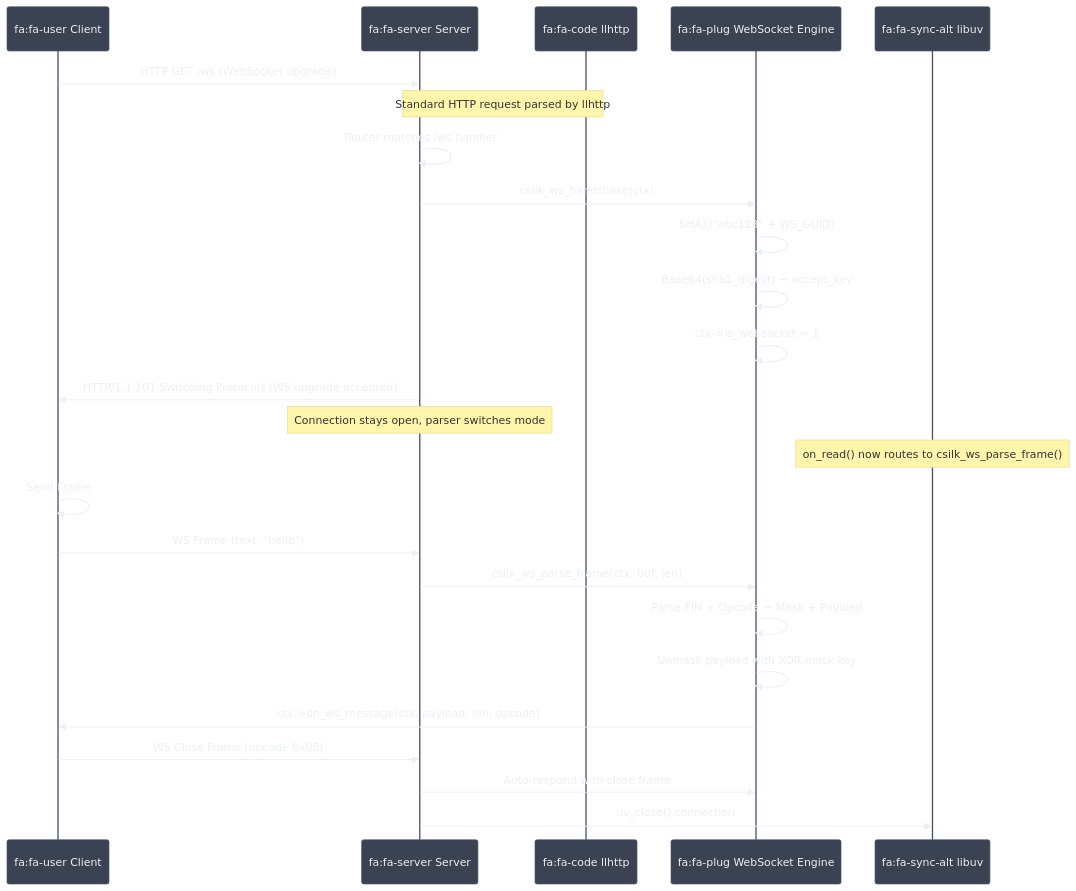
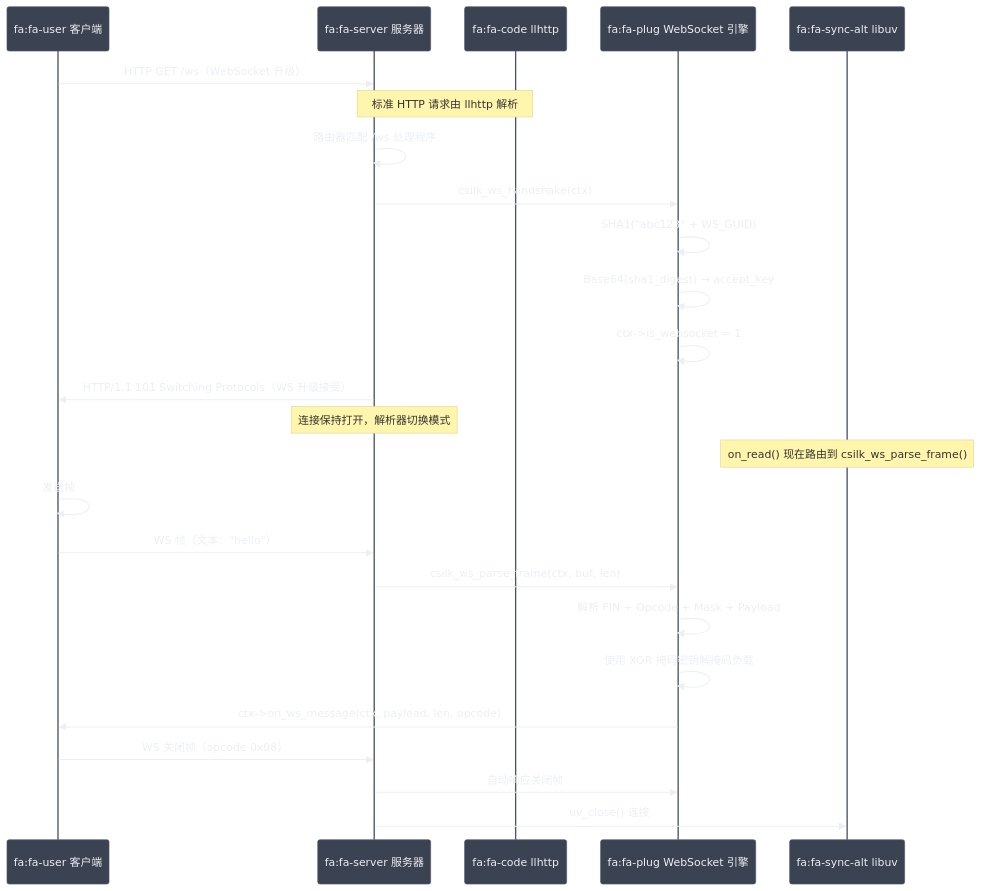
The seventh of 12 diagrams in docs/zh-CN/architecture.md (quintin-lee/csilk), drawn with Mermaid before and after one commit. The commit also changed other lines of this file and 1 other file, not shown here.

Commit message:
docs(zh-CN): 📝 refine Chinese translations for architecture and getting-started

````diff
--- a/docs/zh-CN/architecture.md
+++ b/docs/zh-CN/architecture.md
@@ -410,49 +420,49 @@
 ```mermaid
 %%{init: {
   'theme': 'base',
   'themeVariables': {
     'background': '#2E3440',
     'primaryColor': '#81A1C1',
     'primaryBorderColor': '#4C566A',
     'primaryTextColor': '#ECEFF4',
     'secondaryColor': '#3B4252',
     'secondaryBorderColor': '#434C5E',
     'secondaryTextColor': '#D8DEE9',
     'lineColor': '#81A1C1',
     'textColor': '#ECEFF4',
     'mainBkg': '#3B4252',
     'nodeBorder': '#4C566A',
     'clusterBkg': '#2E3440',
     'clusterBorder': '#4C566A',
     'titleColor': '#ECEFF4',
     'edgeLabelBackground': '#3B4252',
     'nodeTextColor': '#ECEFF4'
   }
 }}%%
 sequenceDiagram
-    participant Client as fa:fa-user Client
-    participant Server as fa:fa-server Server
+    participant Client as fa:fa-user 客户端
+    participant Server as fa:fa-server 服务器
     participant HTTP as fa:fa-code llhttp
-    participant WS as fa:fa-plug WebSocket Engine
+    participant WS as fa:fa-plug WebSocket 引擎
     participant EvLoop as fa:fa-sync-alt libuv
 
-    Client->>Server: HTTP GET /ws (WebSocket upgrade)
-    Note over Server,HTTP: Standard HTTP request parsed by llhttp
-    Server->>Server: Router matches /ws handler
+    Client->>Server: HTTP GET /ws（WebSocket 升级）
+    Note over Server,HTTP: 标准 HTTP 请求由 llhttp 解析
+    Server->>Server: 路由器匹配 /ws 处理程序
     Server->>WS: csilk_ws_handshake(ctx)
     WS->>WS: SHA1("abc123" + WS_GUID)
     WS->>WS: Base64(sha1_digest) → accept_key
     WS->>WS: ctx->is_websocket = 1
-    Server->>Client: HTTP/1.1 101 Switching Protocols (WS upgrade accepted)
-    Note over Server: Connection stays open, parser switches mode
-    Note over EvLoop: on_read() now routes to csilk_ws_parse_frame()
-    Client->>Client: Send Frame
-    Client->>Server: WS Frame (text: "hello")
+    Server->>Client: HTTP/1.1 101 Switching Protocols（WS 升级接受）
+    Note over Server: 连接保持打开，解析器切换模式
+    Note over EvLoop: on_read() 现在路由到 csilk_ws_parse_frame()
+    Client->>Client: 发送帧
+    Client->>Server: WS 帧（文本："hello"）
     Server->>WS: csilk_ws_parse_frame(ctx, buf, len)
-    WS->>WS: Parse FIN + Opcode + Mask + Payload
-    WS->>WS: Unmask payload with XOR mask key
+    WS->>WS: 解析 FIN + Opcode + Mask + Payload
+    WS->>WS: 使用 XOR 掩码密钥解掩码负载
     WS->>Client: ctx->on_ws_message(ctx, payload, len, opcode)
-    Client->>Server: WS Close Frame (opcode 0x08)
-    Server->>WS: Auto-respond with close frame
-    Server->>EvLoop: uv_close() connection
+    Client->>Server: WS 关闭帧（opcode 0x08）
+    Server->>WS: 自动响应关闭帧
+    Server->>EvLoop: uv_close() 连接
 ```
````
